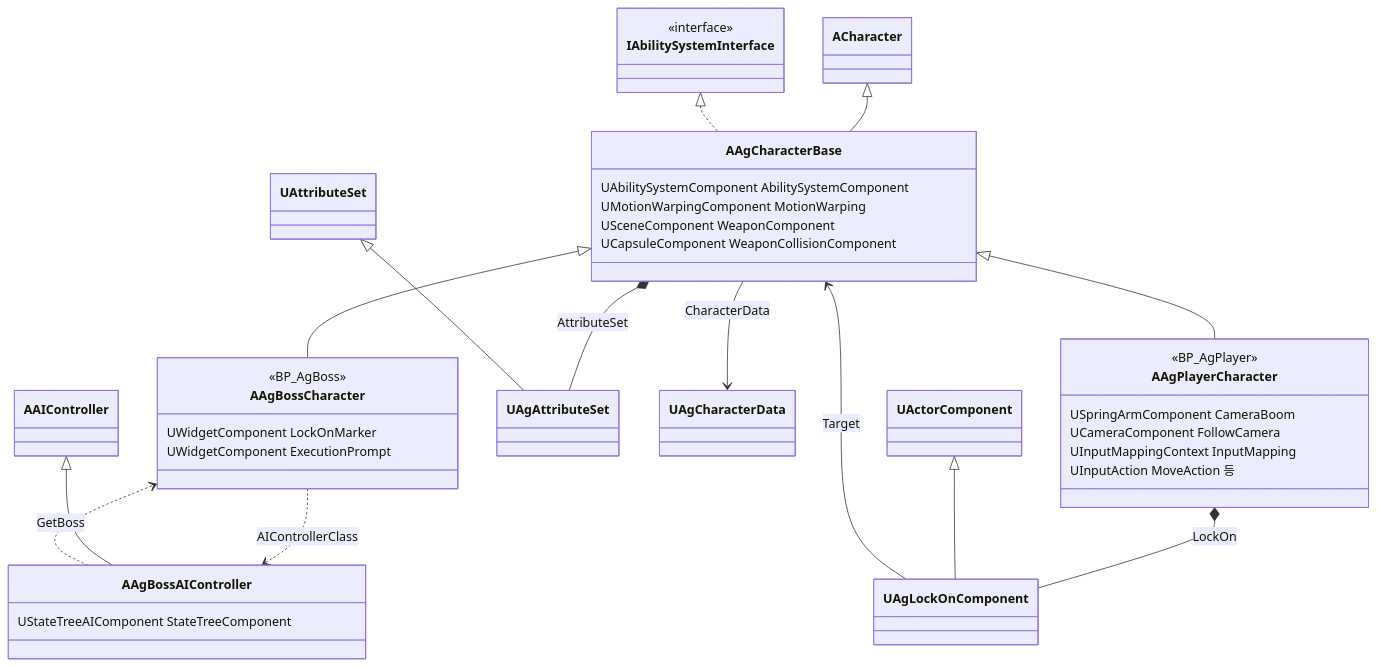
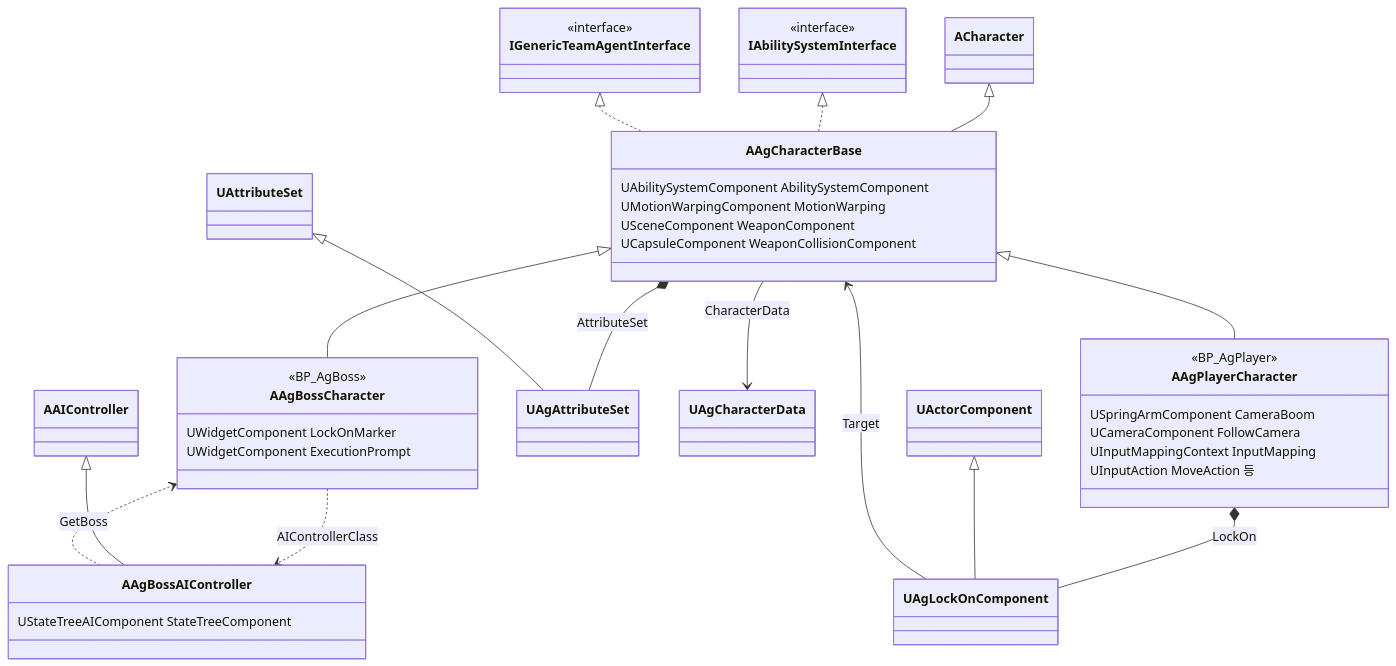
Before and after one commit to Woogl/Ag: the first of 5 diagrams in Docs/Program/캐릭터와 GAS.md, drawn with Mermaid. The commit also changed other lines of this file and 27 other files, not shown here.

````diff
--- a/Docs/Program/캐릭터와 GAS.md
+++ b/Docs/Program/캐릭터와 GAS.md
@@ -32,42 +32,46 @@
 ```mermaid
 classDiagram
     direction TB
     class IAbilitySystemInterface {
+        <<interface>>
+    }
+    class IGenericTeamAgentInterface {
         <<interface>>
     }
     class AAgCharacterBase {
         UAbilitySystemComponent AbilitySystemComponent
         UMotionWarpingComponent MotionWarping
         USceneComponent WeaponComponent
         UCapsuleComponent WeaponCollisionComponent
     }
     class AAgPlayerCharacter {
         <<BP_AgPlayer>>
         USpringArmComponent CameraBoom
         UCameraComponent FollowCamera
         UInputMappingContext InputMapping
         UInputAction MoveAction 등
     }
     class AAgBossCharacter {
         <<BP_AgBoss>>
         UWidgetComponent LockOnMarker
         UWidgetComponent ExecutionPrompt
     }
     class AAgBossAIController {
         UStateTreeAIComponent StateTreeComponent
     }
     ACharacter <|-- AAgCharacterBase
     IAbilitySystemInterface <|.. AAgCharacterBase
+    IGenericTeamAgentInterface <|.. AAgCharacterBase
     AAgCharacterBase <|-- AAgPlayerCharacter
     AAgCharacterBase <|-- AAgBossCharacter
 
     AAgCharacterBase *-- UAgAttributeSet : AttributeSet
     UAttributeSet <|-- UAgAttributeSet
     AAgCharacterBase --> UAgCharacterData : CharacterData
     AAgPlayerCharacter *-- UAgLockOnComponent : LockOn
     UActorComponent <|-- UAgLockOnComponent
     UAgLockOnComponent --> AAgCharacterBase : Target
     AAgBossCharacter ..> AAgBossAIController : AIControllerClass
     AAIController <|-- AAgBossAIController
     AAgBossAIController ..> AAgBossCharacter : GetBoss
 ```
````
